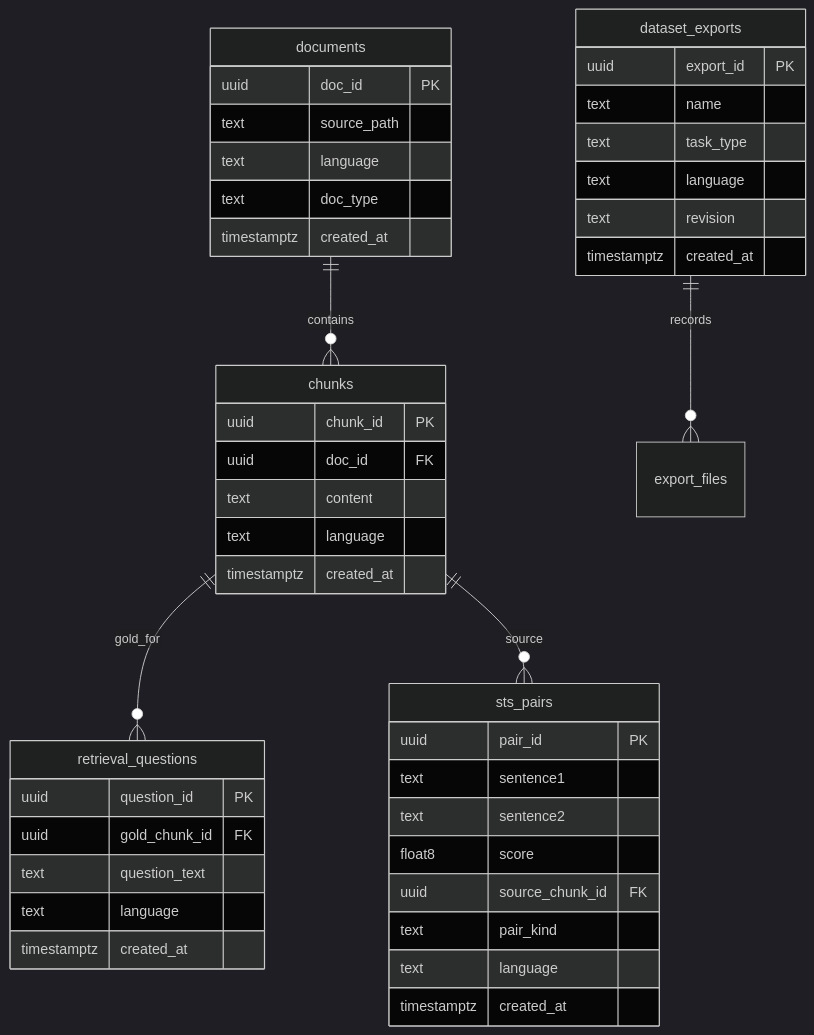
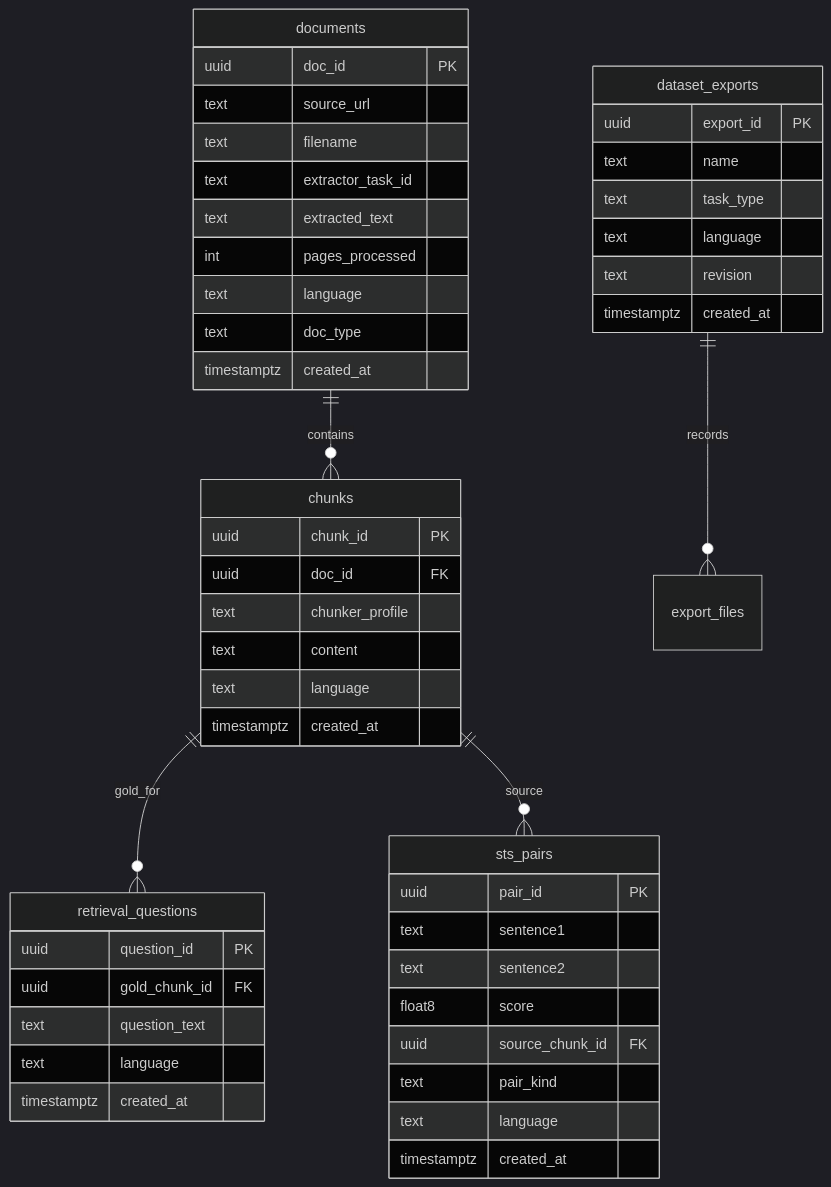
Before and after one commit to fakhrulfaiz/embbench: the diagram in docs/dataset-store.md, drawn with Mermaid (dark theme). The commit also changed other lines of this file and 55 other files, not shown here.

````diff
--- a/docs/dataset-store.md
+++ b/docs/dataset-store.md
@@ -19,51 +80,56 @@
 ```mermaid
 erDiagram
   documents ||--o{ chunks : contains
   chunks ||--o{ retrieval_questions : gold_for
   chunks ||--o{ sts_pairs : source
   dataset_exports ||--o{ export_files : records
 
   documents {
     uuid doc_id PK
-    text source_path
+    text source_url
+    text filename
+    text extractor_task_id
+    text extracted_text
+    int pages_processed
     text language
     text doc_type
     timestamptz created_at
   }
 
   chunks {
     uuid chunk_id PK
     uuid doc_id FK
+    text chunker_profile
     text content
     text language
     timestamptz created_at
   }
 
   retrieval_questions {
     uuid question_id PK
     uuid gold_chunk_id FK
     text question_text
     text language
     timestamptz created_at
   }
 
   sts_pairs {
     uuid pair_id PK
     text sentence1
     text sentence2
     float8 score
     uuid source_chunk_id FK
     text pair_kind
     text language
     timestamptz created_at
   }
 
   dataset_exports {
     uuid export_id PK
     text name
     text task_type
     text language
     text revision
     timestamptz created_at
   }
 ```
````
